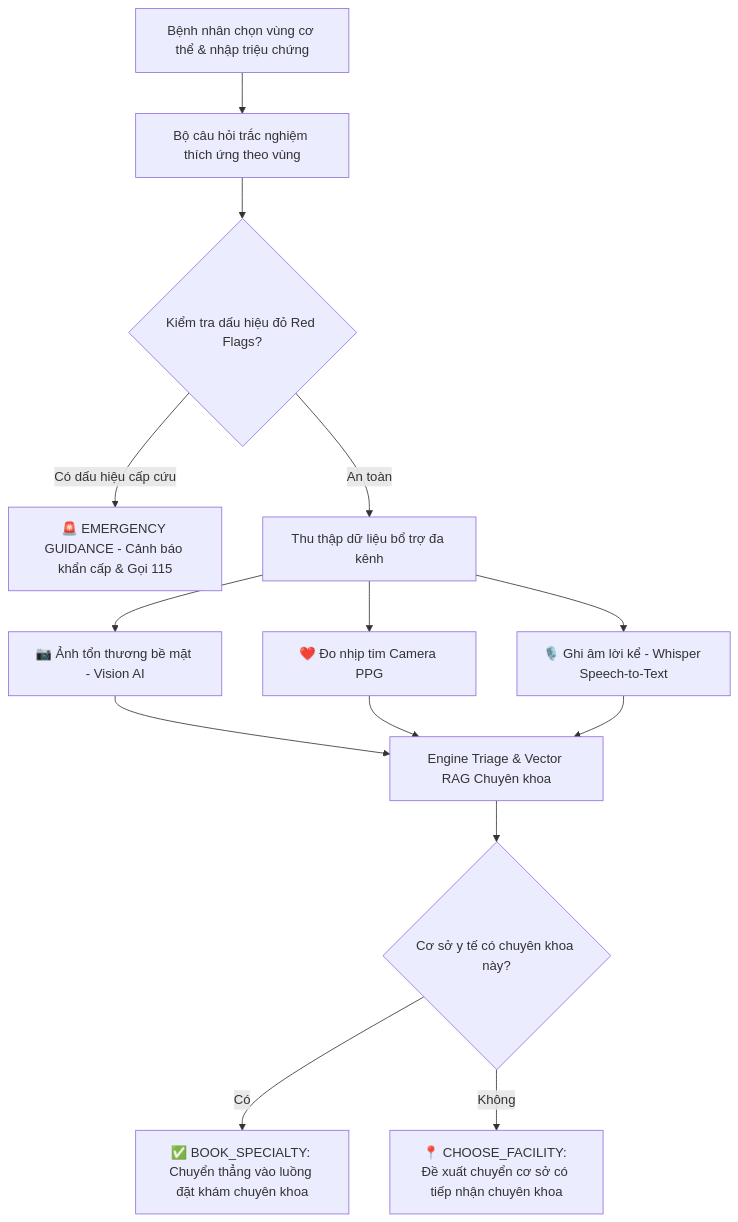
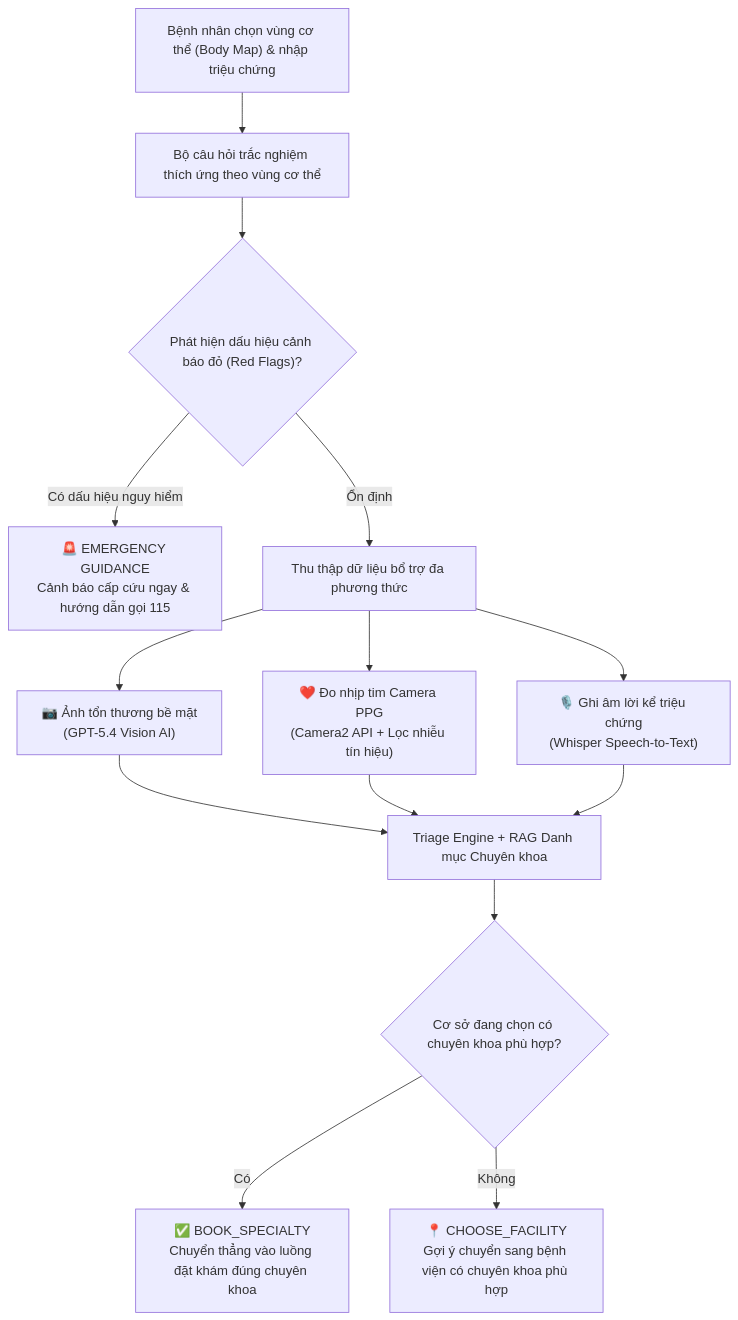
One commit to nctcode/KLTN_NovaCare changed the third of 3 diagrams in README.md. Above: the diagram before and after it, drawn with Mermaid. The commit also changed other lines of this file and 254 other files, not shown here.

Commit message:
feat: đồng bộ luồng đặt khám và thanh toán VNPAY, nâng cấp UI phòng khám, hỗ trợ kết nối song song trên mobile và cập nhật README

````diff
--- a/README.md
+++ b/README.md
@@ -206,14 +241,14 @@
 ```mermaid
 flowchart TD
-    A[Bệnh nhân chọn vùng cơ thể & nhập triệu chứng] --> B[Bộ câu hỏi trắc nghiệm thích ứng theo vùng]
-    B --> C{Kiểm tra dấu hiệu đỏ Red Flags?}
-    C -- Có dấu hiệu cấp cứu --> D[🚨 EMERGENCY GUIDANCE - Cảnh báo khẩn cấp & Gọi 115]
-    C -- An toàn --> E[Thu thập dữ liệu bổ trợ đa kênh]
-    E --> F[📷 Ảnh tổn thương bề mặt - Vision AI]
-    E --> G[❤️ Đo nhịp tim Camera PPG]
-    E --> H[🎙️ Ghi âm lời kể - Whisper Speech-to-Text]
-    F & G & H --> I[Engine Triage & Vector RAG Chuyên khoa]
-    I --> J{Cơ sở y tế có chuyên khoa này?}
-    J -- Có --> K[✅ BOOK_SPECIALTY: Chuyển thẳng vào luồng đặt khám chuyên khoa]
-    J -- Không --> L[📍 CHOOSE_FACILITY: Đề xuất chuyển cơ sở có tiếp nhận chuyên khoa]
+    A["Bệnh nhân chọn vùng cơ thể (Body Map) & nhập triệu chứng"] --> B["Bộ câu hỏi trắc nghiệm thích ứng theo vùng cơ thể"]
+    B --> C{"Phát hiện dấu hiệu cảnh báo đỏ (Red Flags)?"}
+    C -- "Có dấu hiệu nguy hiểm" --> D["🚨 EMERGENCY GUIDANCE<br/>Cảnh báo cấp cứu ngay & hướng dẫn gọi 115"]
+    C -- "Ổn định" --> E["Thu thập dữ liệu bổ trợ đa phương thức"]
+    E --> F["📷 Ảnh tổn thương bề mặt<br/>(GPT-5.4 Vision AI)"]
+    E --> G["❤️ Đo nhịp tim Camera PPG<br/>(Camera2 API + Lọc nhiễu tín hiệu)"]
+    E --> H["🎙️ Ghi âm lời kể triệu chứng<br/>(Whisper Speech-to-Text)"]
+    F & G & H --> I["Triage Engine + RAG Danh mục Chuyên khoa"]
+    I --> J{"Cơ sở đang chọn có chuyên khoa phù hợp?"}
+    J -- "Có" --> K["✅ BOOK_SPECIALTY<br/>Chuyển thẳng vào luồng đặt khám đúng chuyên khoa"]
+    J -- "Không" --> L["📍 CHOOSE_FACILITY<br/>Gợi ý chuyển sang bệnh viện có chuyên khoa phù hợp"]
 ```
````
